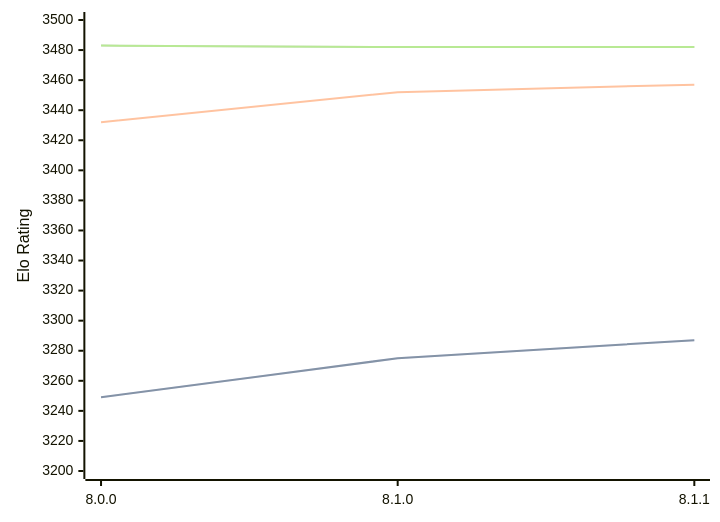
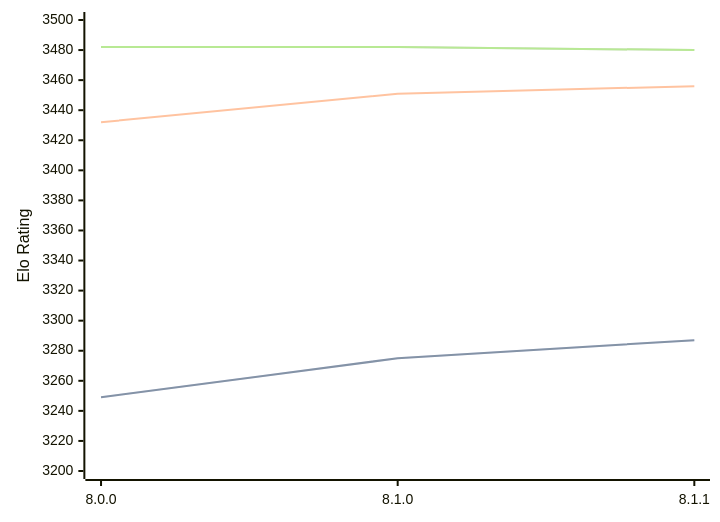
Before and after one commit to computer-chess-index/cci: the diagram in engines/Velvet.md, drawn with Mermaid. The commit also changed other lines of this file, not shown here.

Commit message:
Update CCI Ratings (ELO VLTC) - 2026-10-01

````diff
--- a/engines/Velvet.md
+++ b/engines/Velvet.md
@@ -33,11 +33,11 @@
 ```mermaid
 %%{init: {"theme":"base","themeVariables":{"seriesColors:['#a3a3a3','#222221','#faa371']}}}%%
 xychart-beta
   x-axis ["8.0.0", "8.1.0", "8.1.1"]
   y-axis "Elo Rating" 3200 --> 3500
   line "" [3249, 3275, 3287]
   line "STC (8.0+0.08s)" [3249, 3275, 3287]
-  line "LTC (60.0+0.60s)" [3432, 3452, 3457]
-  line "" [3483, 3482, 3482]
-  line "VLTC (2m24s+1.12s)" [3483, 3482, 3482]
+  line "LTC (60.0+0.60s)" [3432, 3451, 3456]
+  line "" [3482, 3482, 3480]
+  line "VLTC (2m24s+1.12s)" [3482, 3482, 3480]
 ```
````
